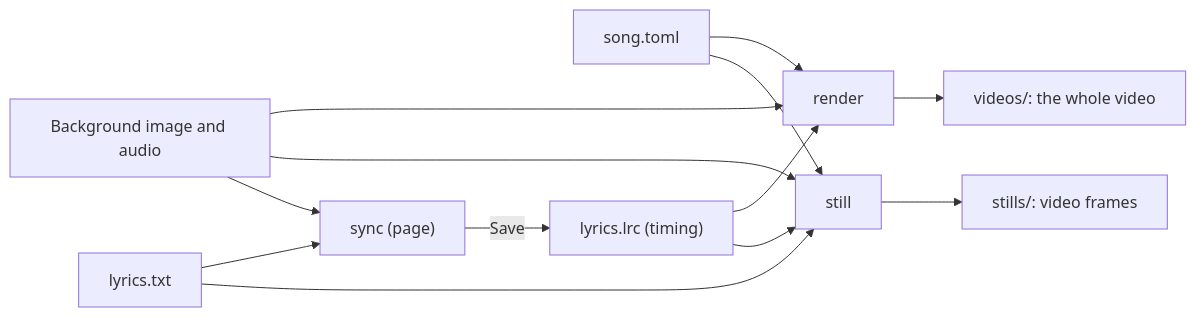
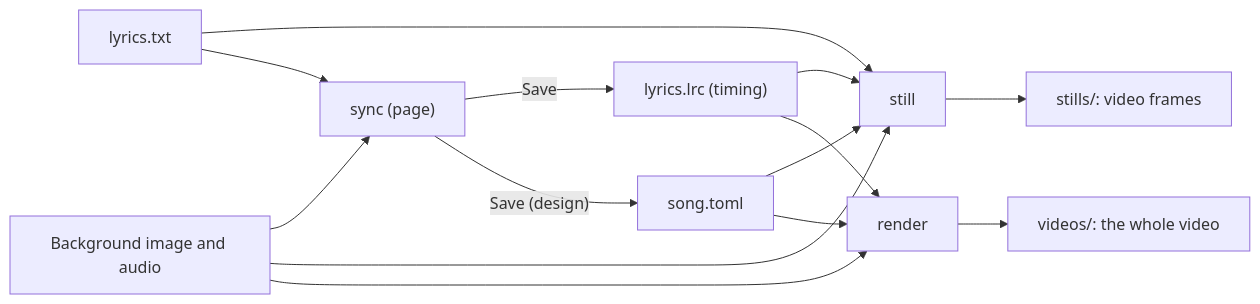
The diagram in docs/en/USER_GUIDE.md (musica-sanare/lyrics-video-app), drawn with Mermaid before and after one commit. The commit also changed other lines of this file and 23 other files, not shown here.

````diff
--- a/docs/en/USER_GUIDE.md
+++ b/docs/en/USER_GUIDE.md
@@ -11,20 +11,21 @@
 ```mermaid
 flowchart LR
   song["song.toml"]
   lyrics["lyrics.txt"]
   timing["lyrics.lrc (timing)"]
   media["Background image and audio"]
   still["still"]
   render["render"]
   sync["sync (page)"]
   outStills["stills/: video frames"]
   outVideos["videos/: the whole video"]
   song --> still & render
   lyrics --> still
   timing --> still & render
   lyrics & media --> sync
   sync -->|Save| timing
+  sync -->|"Save (design)"| song
   media --> still & render
   render --> outVideos
   still --> outStills
 ```
````
